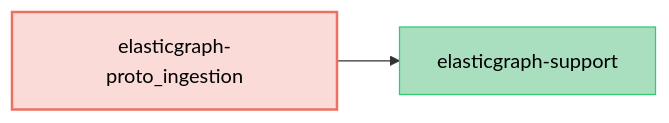
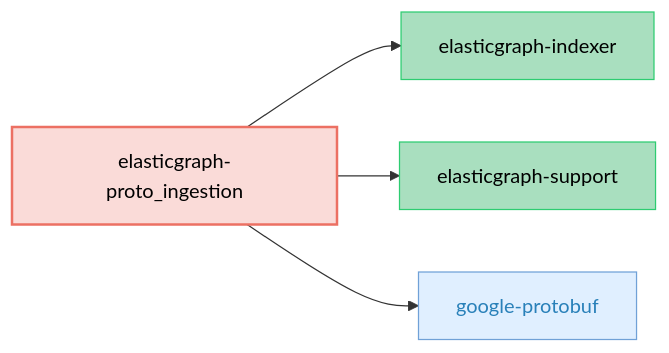
The diagram in elasticgraph-proto_ingestion/README.md (block/elasticgraph), drawn with Mermaid before and after one commit. The commit also changed 8 other files, not shown here.

````diff
--- a/elasticgraph-proto_ingestion/README.md
+++ b/elasticgraph-proto_ingestion/README.md
@@ -10,11 +10,18 @@
 ```mermaid
 graph LR;
     classDef targetGemStyle fill:#FADBD8,stroke:#EC7063,color:#000,stroke-width:2px;
     classDef otherEgGemStyle fill:#A9DFBF,stroke:#2ECC71,color:#000;
     classDef externalGemStyle fill:#E0EFFF,stroke:#70A1D7,color:#2980B9;
     elasticgraph-proto_ingestion["elasticgraph-proto_ingestion"];
     class elasticgraph-proto_ingestion targetGemStyle;
+    elasticgraph-indexer["elasticgraph-indexer"];
+    elasticgraph-proto_ingestion --> elasticgraph-indexer;
+    class elasticgraph-indexer otherEgGemStyle;
     elasticgraph-support["elasticgraph-support"];
     elasticgraph-proto_ingestion --> elasticgraph-support;
     class elasticgraph-support otherEgGemStyle;
+    google-protobuf["google-protobuf"];
+    elasticgraph-proto_ingestion --> google-protobuf;
+    class google-protobuf externalGemStyle;
+    click google-protobuf href "https://rubygems.org/gems/google-protobuf" "Open on RubyGems.org" _blank;
 ```
````
